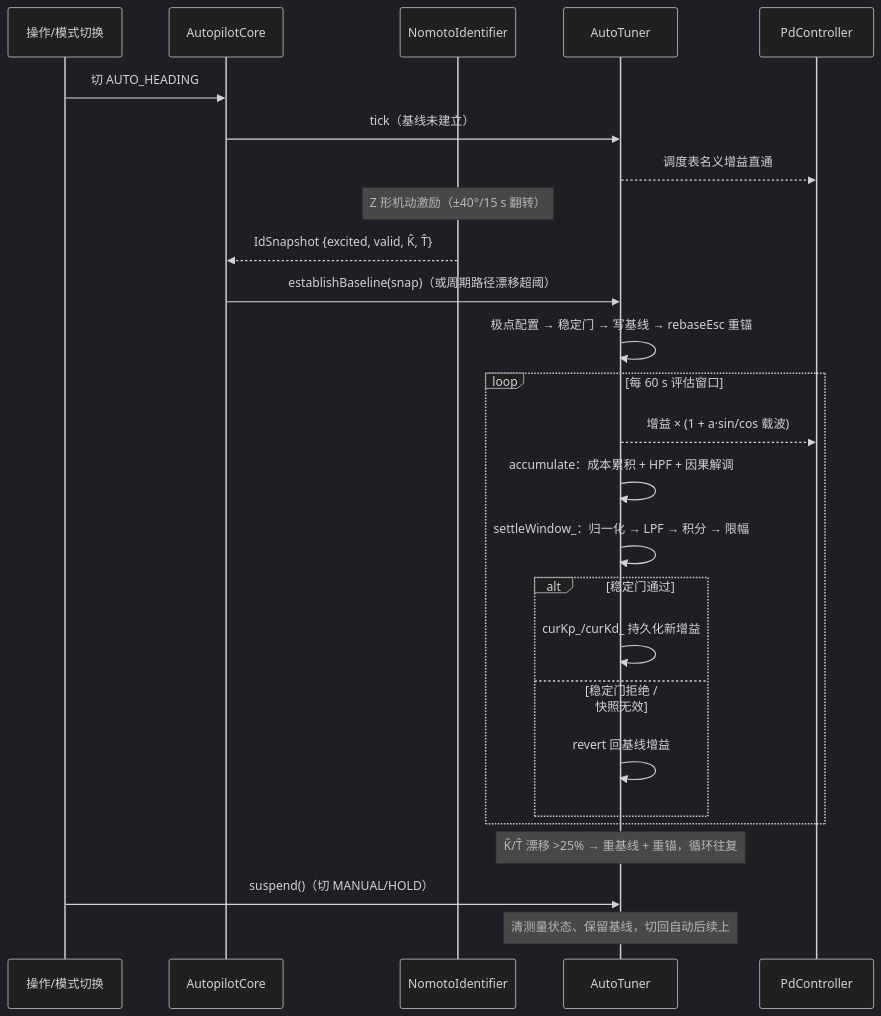
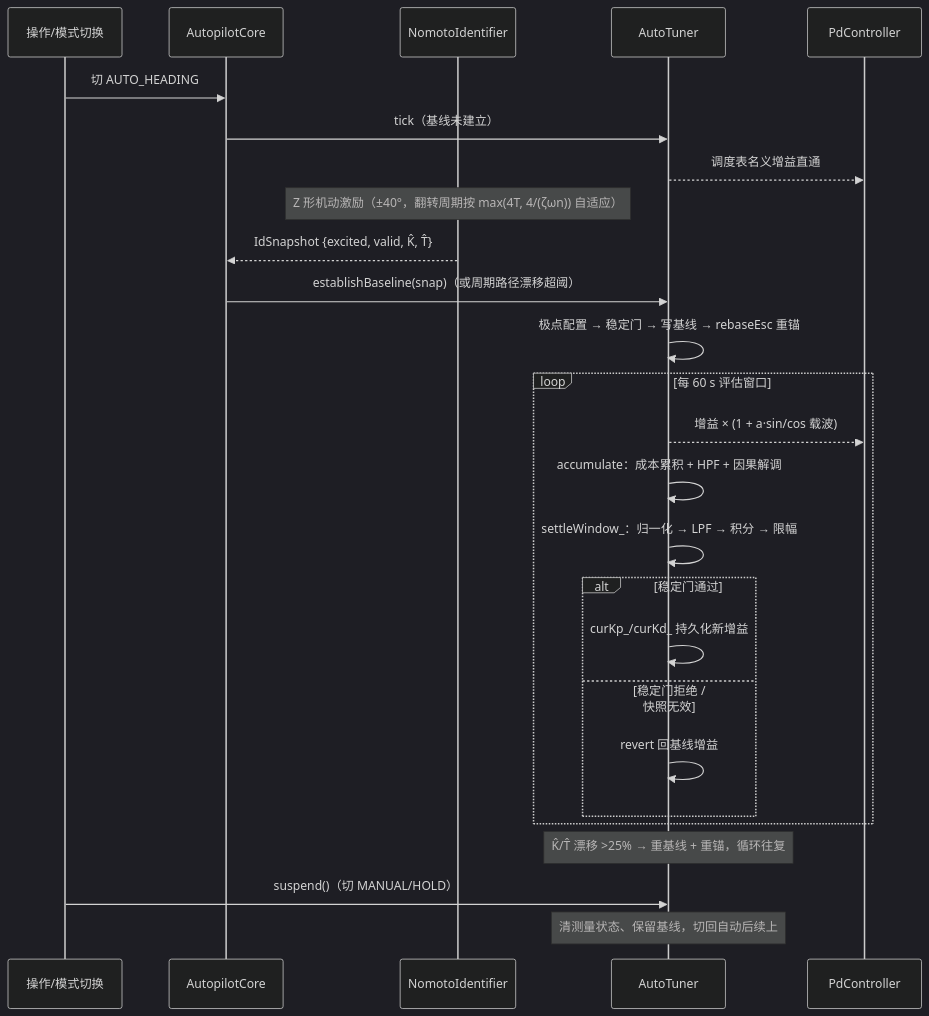
The third of 3 diagrams in docs/ESC方案数学推导与算法实现详解.md (jimaka/auto_rudder), drawn with Mermaid (dark theme) before and after one commit. The commit also changed other lines of this file and 24 other files, not shown here.

````diff
--- a/docs/ESC方案数学推导与算法实现详解.md
+++ b/docs/ESC方案数学推导与算法实现详解.md
@@ -791,28 +791,28 @@
 ```mermaid
 sequenceDiagram
     participant OP as 操作/模式切换
     participant AP as AutopilotCore
     participant ID as NomotoIdentifier
     participant TN as AutoTuner
     participant PD as PdController
     OP->>AP: 切 AUTO_HEADING
     AP->>TN: tick（基线未建立）
     TN-->>PD: 调度表名义增益直通
-    Note over ID: Z 形机动激励（±40°/15 s 翻转）
+    Note over ID: Z 形机动激励（±40°，翻转周期按 max(4T, 4/(ζωn)) 自适应）
     ID-->>AP: IdSnapshot {excited, valid, K̂, T̂}
     AP->>TN: establishBaseline(snap)（或周期路径漂移超阈）
     TN->>TN: 极点配置 → 稳定门 → 写基线 → rebaseEsc 重锚
     loop 每 60 s 评估窗口
         TN-->>PD: 增益 × (1 + a·sin/cos 载波)
         TN->>TN: accumulate：成本累积 + HPF + 因果解调
         TN->>TN: settleWindow_：归一化 → LPF → 积分 → 限幅
         alt 稳定门通过
             TN->>TN: curKp_/curKd_ 持久化新增益
         else 稳定门拒绝 / 快照无效
             TN->>TN: revert 回基线增益
         end
     end
     Note over TN: K̂/T̂ 漂移 >25% → 重基线 + 重锚，循环往复
     OP->>TN: suspend()（切 MANUAL/HOLD）
     Note over TN: 清测量状态、保留基线，切回自动后续上
 ```
````
